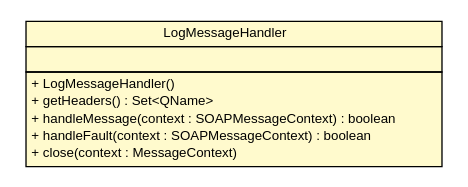
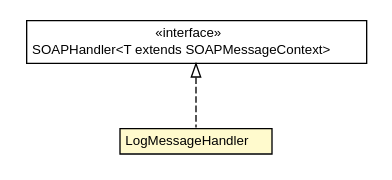
Before and after one commit to B3Partners/brmo: the diagram in brmo-soap-util/apidocs/nl/b3p/brmo/soap/util/LogMessageHandler.dot, drawn with Graphviz. The commit also changed 39 other files, not shown here.

```diff
--- a/brmo-soap-util/apidocs/nl/b3p/brmo/soap/util/LogMessageHandler.dot
+++ b/brmo-soap-util/apidocs/nl/b3p/brmo/soap/util/LogMessageHandler.dot
@@ -1,28 +1,27 @@
 #!/usr/local/bin/dot
 #
 # Class diagram 
 # Generated by UMLGraph version R5_6-24-gf6e263 (http://www.umlgraph.org/)
 #
 
 digraph G {
 	edge [fontname="Helvetica",fontsize=10,labelfontname="Helvetica",labelfontsize=10];
 	node [fontname="Helvetica",fontsize=10,shape=plaintext];
 	nodesep=0.25;
 	ranksep=0.5;
 	// nl.b3p.brmo.soap.util.LogMessageHandler
 	c3 [label=<<table title="nl.b3p.brmo.soap.util.LogMessageHandler" border="0" cellborder="1" cellspacing="0" cellpadding="2" port="p" bgcolor="lemonChiffon" href="./LogMessageHandler.html">
 		<tr><td><table border="0" cellspacing="0" cellpadding="1">
 <tr><td align="center" balign="center"> LogMessageHandler </td></tr>
 		</table></td></tr>
+		</table>>, URL="./LogMessageHandler.html", fontname="Helvetica", fontcolor="black", fontsize=10.0];
+	//nl.b3p.brmo.soap.util.LogMessageHandler implements javax.xml.ws.handler.soap.SOAPHandler<T extends javax.xml.ws.handler.soap.SOAPMessageContext>
+	c5:p -> c3:p [dir=back,arrowtail=empty,style=dashed];
+	// javax.xml.ws.handler.soap.SOAPHandler<T extends javax.xml.ws.handler.soap.SOAPMessageContext>
+	c5 [label=<<table title="javax.xml.ws.handler.soap.SOAPHandler" border="0" cellborder="1" cellspacing="0" cellpadding="2" port="p">
 		<tr><td><table border="0" cellspacing="0" cellpadding="1">
-<tr><td align="left" balign="left">  </td></tr>
+<tr><td align="center" balign="center"> &#171;interface&#187; </td></tr>
+<tr><td align="center" balign="center"> SOAPHandler&lt;T extends SOAPMessageContext&gt; </td></tr>
 		</table></td></tr>
-		<tr><td><table border="0" cellspacing="0" cellpadding="1">
-<tr><td align="left" balign="left"> + LogMessageHandler() </td></tr>
-<tr><td align="left" balign="left"> + getHeaders() : Set&lt;QName&gt; </td></tr>
-<tr><td align="left" balign="left"> + handleMessage(context : SOAPMessageContext) : boolean </td></tr>
-<tr><td align="left" balign="left"> + handleFault(context : SOAPMessageContext) : boolean </td></tr>
-<tr><td align="left" balign="left"> + close(context : MessageContext) </td></tr>
-		</table></td></tr>
-		</table>>, URL="./LogMessageHandler.html", fontname="Helvetica", fontcolor="black", fontsize=10.0];
+		</table>>, URL="null", fontname="Helvetica", fontcolor="black", fontsize=10.0];
 }
```
